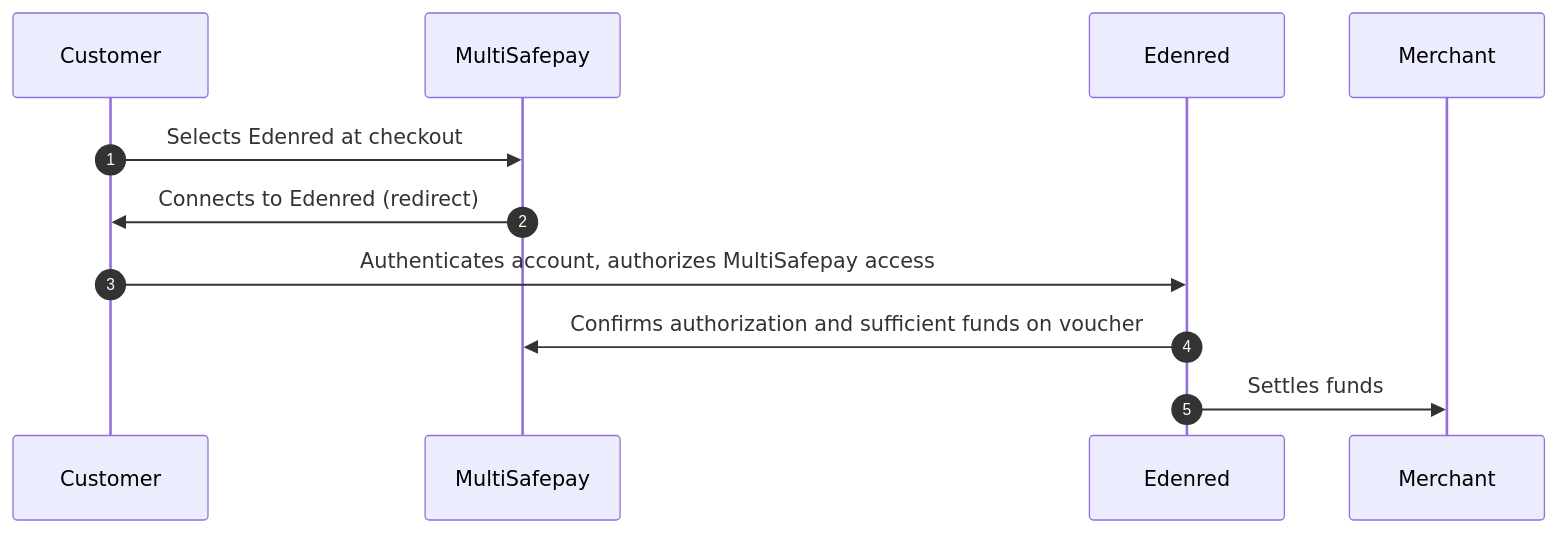
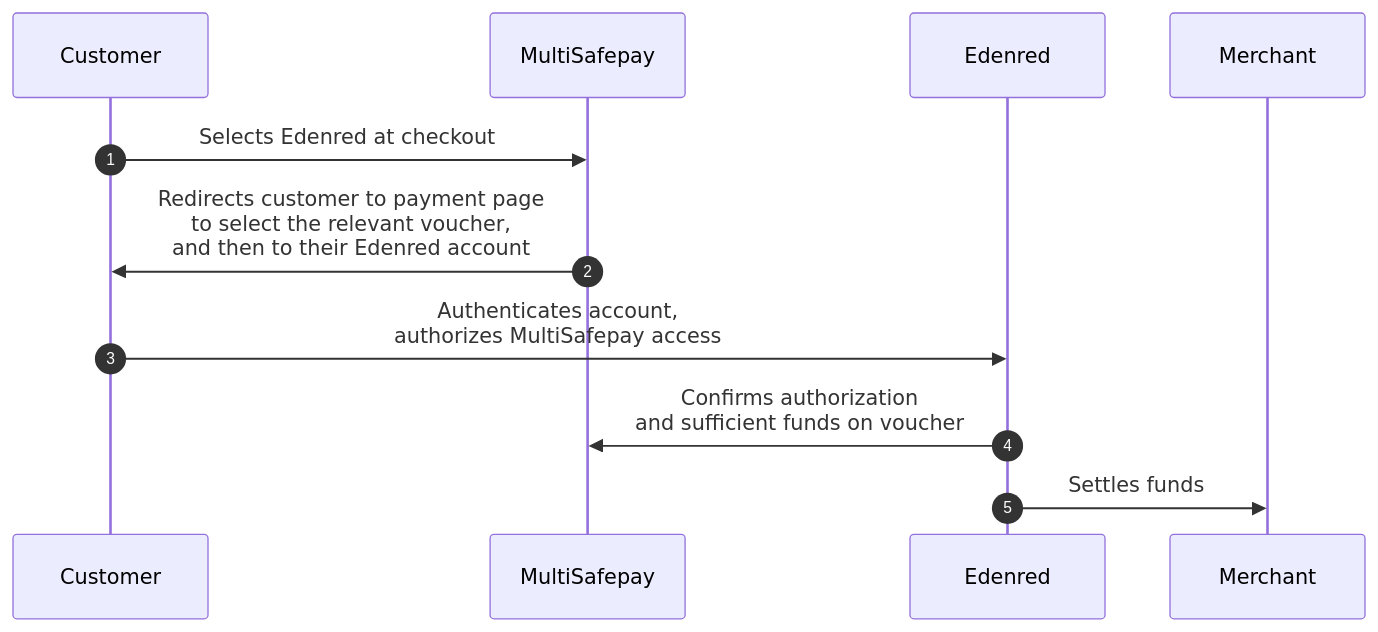
The diagram in content/payments/methods/prepaid-cards/edenred/payment-flow.md (MultiSafepay/docs), drawn with Mermaid before and after one commit. The commit also changed other lines of this file and 34 other files, not shown here.

```diff
--- a/content/payments/methods/prepaid-cards/edenred/payment-flow.md
+++ b/content/payments/methods/prepaid-cards/edenred/payment-flow.md
@@ -15,16 +15,16 @@
 {{< mermaid class="text-center" >}}
 
 sequenceDiagram
     autonumber
     participant C as Customer
     participant Mu as MultiSafepay
     participant E as Edenred
     participant Me as Merchant
 
     C->>Mu: Selects Edenred at checkout
-    Mu->>C: Connects to Edenred (redirect)
-    C->>E: Authenticates account, authorizes MultiSafepay access
-    E->>Mu: Confirms authorization and sufficient funds on voucher
+    Mu->>C: Redirects customer to payment page <br> to select the relevant voucher, <br> and then to their Edenred account
+    C->>E: Authenticates account, <br> authorizes MultiSafepay access
+    E->>Mu: Confirms authorization <br> and sufficient funds on voucher
     E->>Me: Settles funds
 
 {{< /mermaid >}}
```
